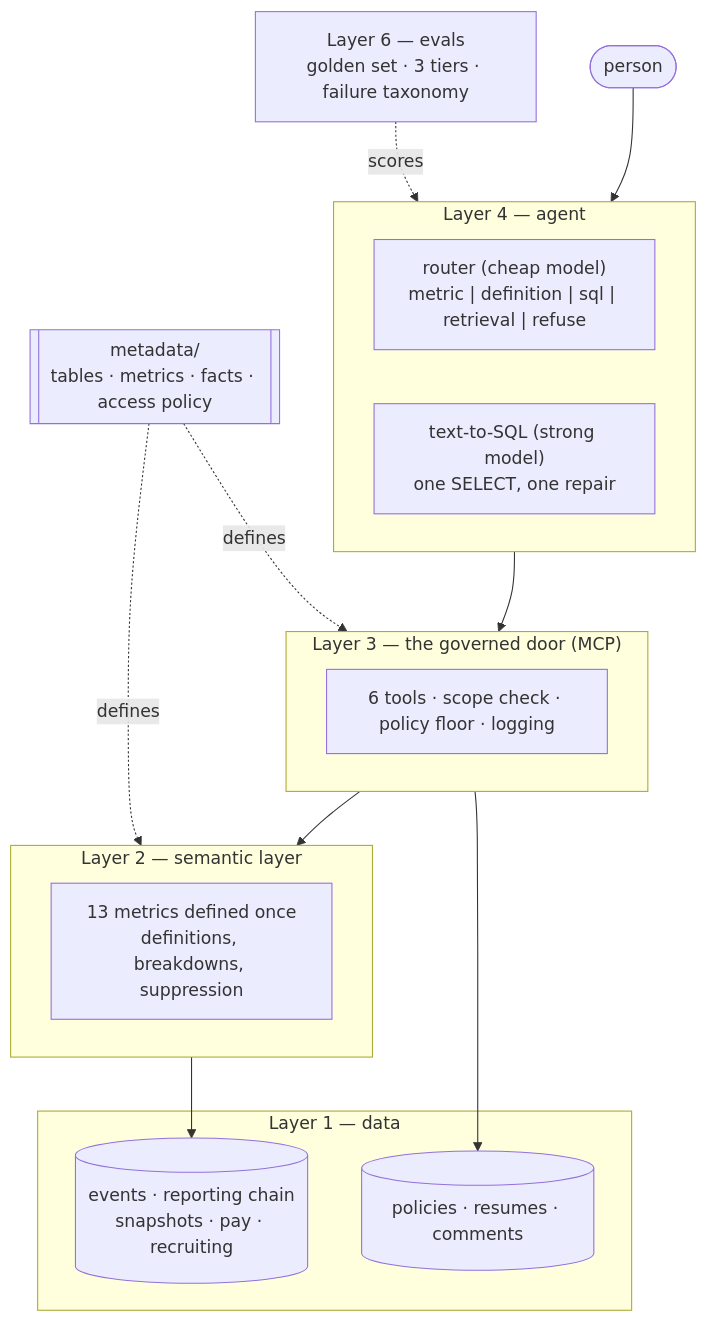
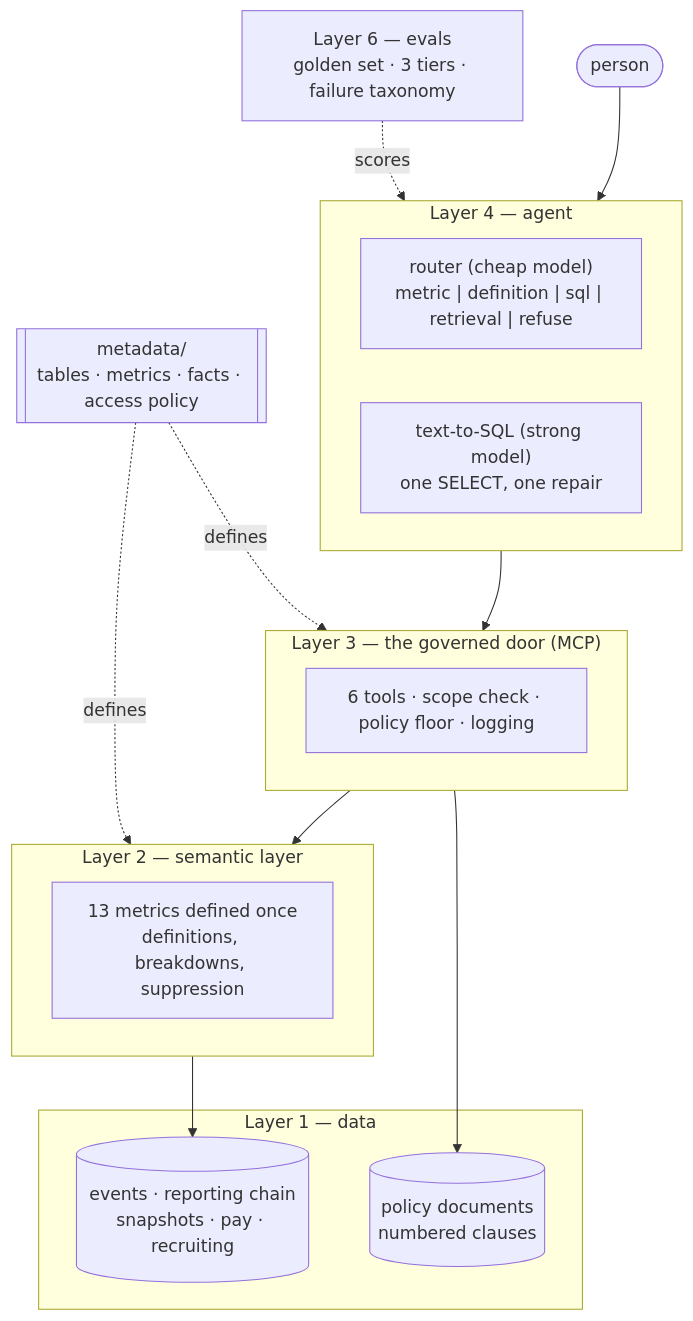
One commit to stellal7/people-ai changed the first of 2 diagrams in README.md. Above: the diagram before and after it, drawn with Mermaid. The commit also changed other lines of this file, not shown here.

````diff
--- a/README.md
+++ b/README.md
@@ -76,24 +67,24 @@
 ```mermaid
 flowchart TB
   subgraph agent["Layer 4 — agent"]
     router["router (cheap model)<br/>metric | definition | sql | retrieval | refuse"]
     sql["text-to-SQL (strong model)<br/>one SELECT, one repair"]
   end
   subgraph door["Layer 3 — the governed door (MCP)"]
     tools["6 tools · scope check · policy floor · logging"]
   end
   subgraph meaning["Layer 2 — semantic layer"]
     metrics["13 metrics defined once<br/>definitions, breakdowns, suppression"]
   end
   subgraph truth["Layer 1 — data"]
     warehouse[("events · reporting chain<br/>snapshots · pay · recruiting")]
-    corpus[("policies · resumes · comments")]
+    corpus[("policy documents<br/>numbered clauses")]
   end
   evals["Layer 6 — evals<br/>golden set · 3 tiers · failure taxonomy"]
 
   person([person]) --> agent --> door --> meaning --> warehouse
   door --> corpus
   evals -.scores.-> agent
   metadata[["metadata/<br/>tables · metrics · facts · access policy"]] -.defines.-> meaning
   metadata -.defines.-> door
 ```
````
